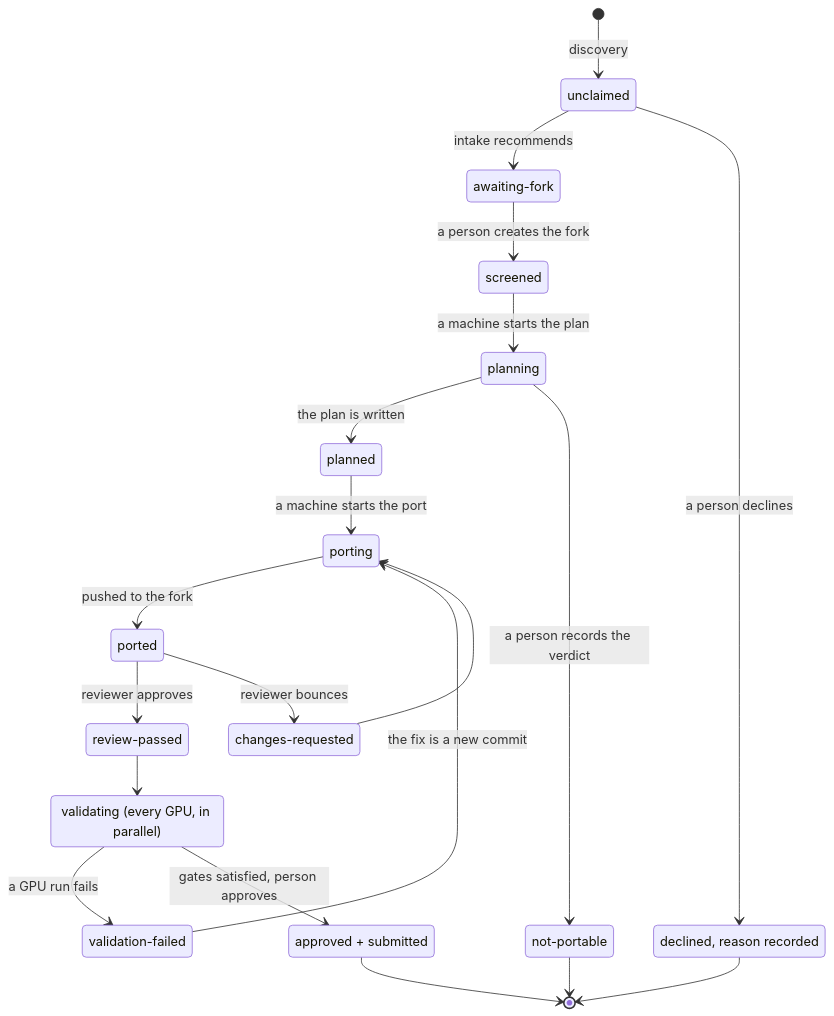
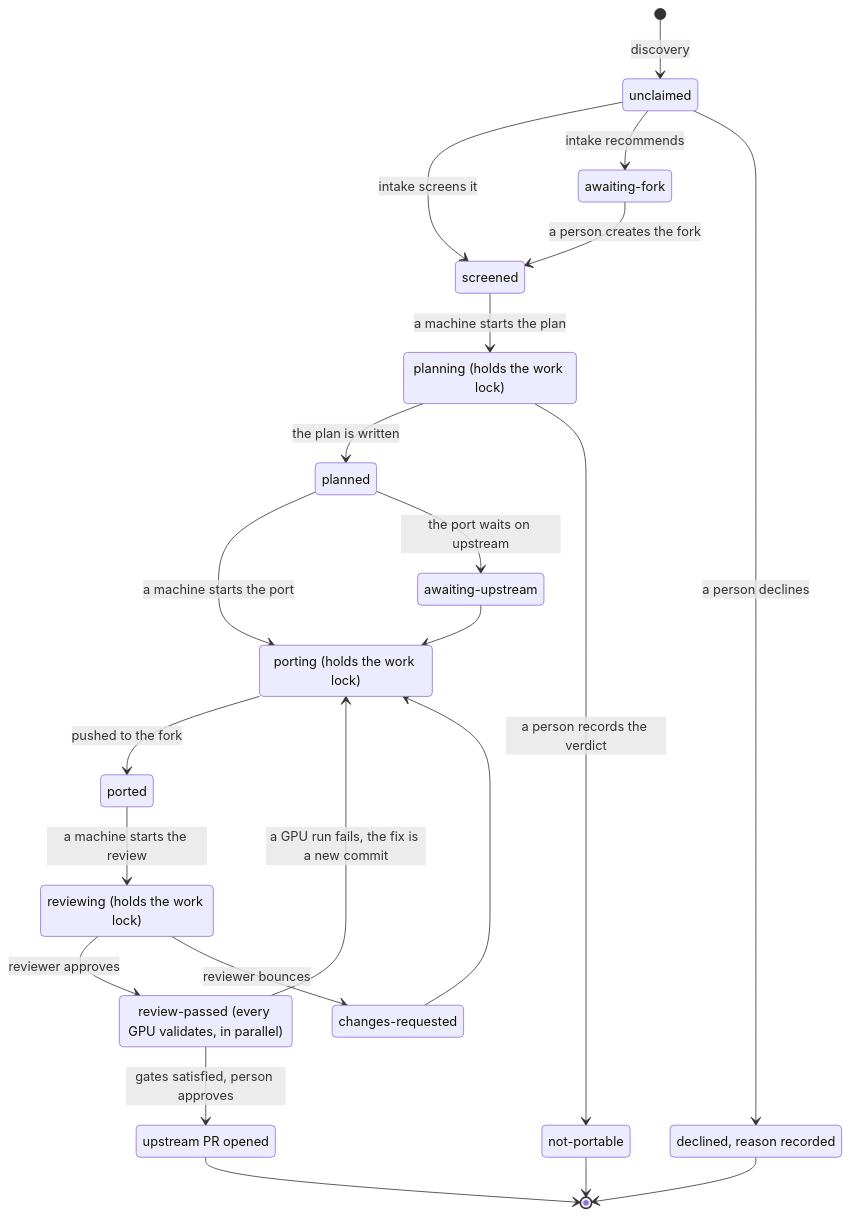
The third of 12 diagrams in VISUAL.md (AMD-Ecosystem/moat), drawn with Mermaid before and after one commit. The commit also changed other lines of this file and 10 other files, not shown here.

````diff
--- a/VISUAL.md
+++ b/VISUAL.md
@@ -70,38 +70,40 @@
 ```mermaid
 stateDiagram-v2
     direction TB
     state "unclaimed" as unclaimed
     state "awaiting-fork" as awaiting
     state "screened" as screened
-    state "planning" as planning
+    state "planning (holds the work lock)" as planning
     state "planned" as planned
-    state "porting" as porting
+    state "awaiting-upstream" as awaitup
+    state "porting (holds the work lock)" as porting
     state "ported" as ported
+    state "reviewing (holds the work lock)" as reviewing
     state "changes-requested" as changes
-    state "review-passed" as passed
-    state "validating (every GPU, in parallel)" as validating
-    state "validation-failed" as vfailed
-    state "approved + submitted" as done
+    state "review-passed (every GPU validates, in parallel)" as passed
+    state "upstream PR opened" as done
     state "declined, reason recorded" as declined
     state "not-portable" as notport
 
     [*] --> unclaimed: discovery
+    unclaimed --> screened: intake screens it
     unclaimed --> awaiting: intake recommends
     unclaimed --> declined: a person declines
     awaiting --> screened: a person creates the fork
     screened --> planning: a machine starts the plan
     planning --> planned: the plan is written
     planning --> notport: a person records the verdict
     planned --> porting: a machine starts the port
+    planned --> awaitup: the port waits on upstream
+    awaitup --> porting
     porting --> ported: pushed to the fork
-    ported --> passed: reviewer approves
-    ported --> changes: reviewer bounces
+    ported --> reviewing: a machine starts the review
+    reviewing --> passed: reviewer approves
+    reviewing --> changes: reviewer bounces
     changes --> porting
-    passed --> validating
-    validating --> vfailed: a GPU run fails
-    vfailed --> porting: the fix is a new commit
-    validating --> done: gates satisfied, person approves
+    passed --> porting: a GPU run fails, the fix is a new commit
+    passed --> done: gates satisfied, person approves
     done --> [*]
     declined --> [*]
     notport --> [*]
 ```
````
